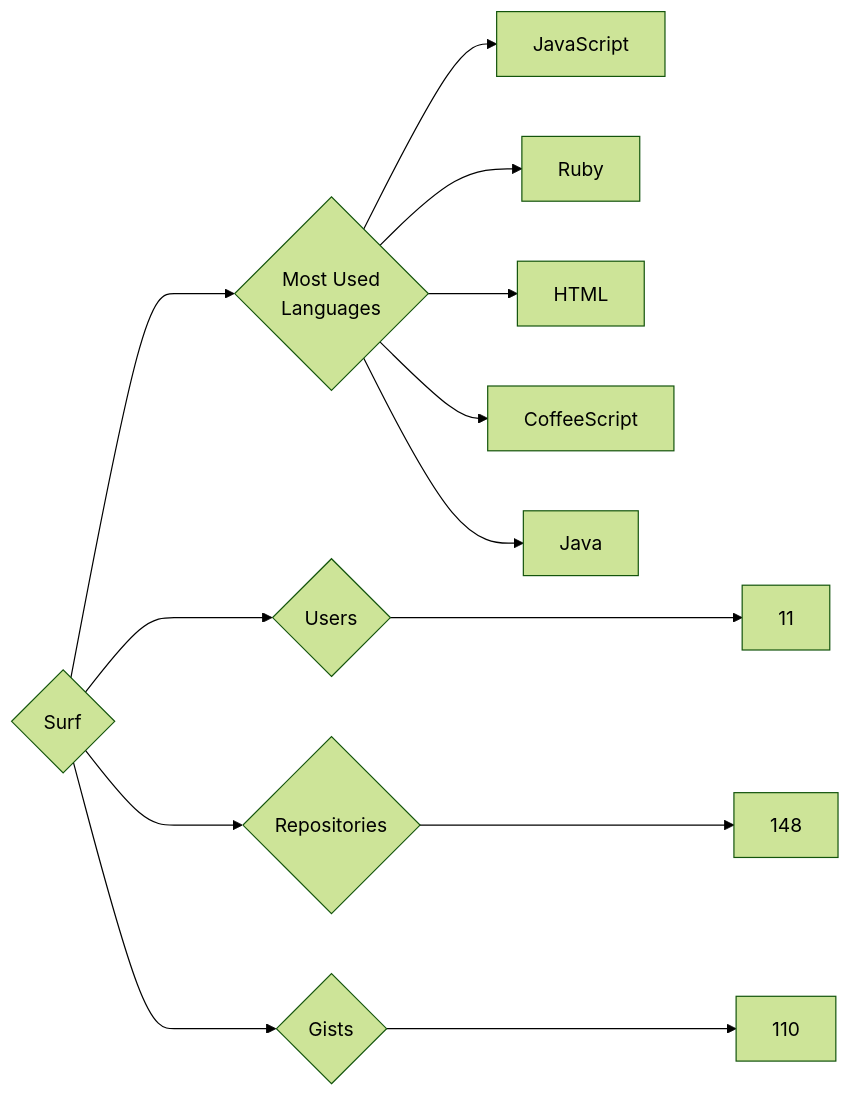
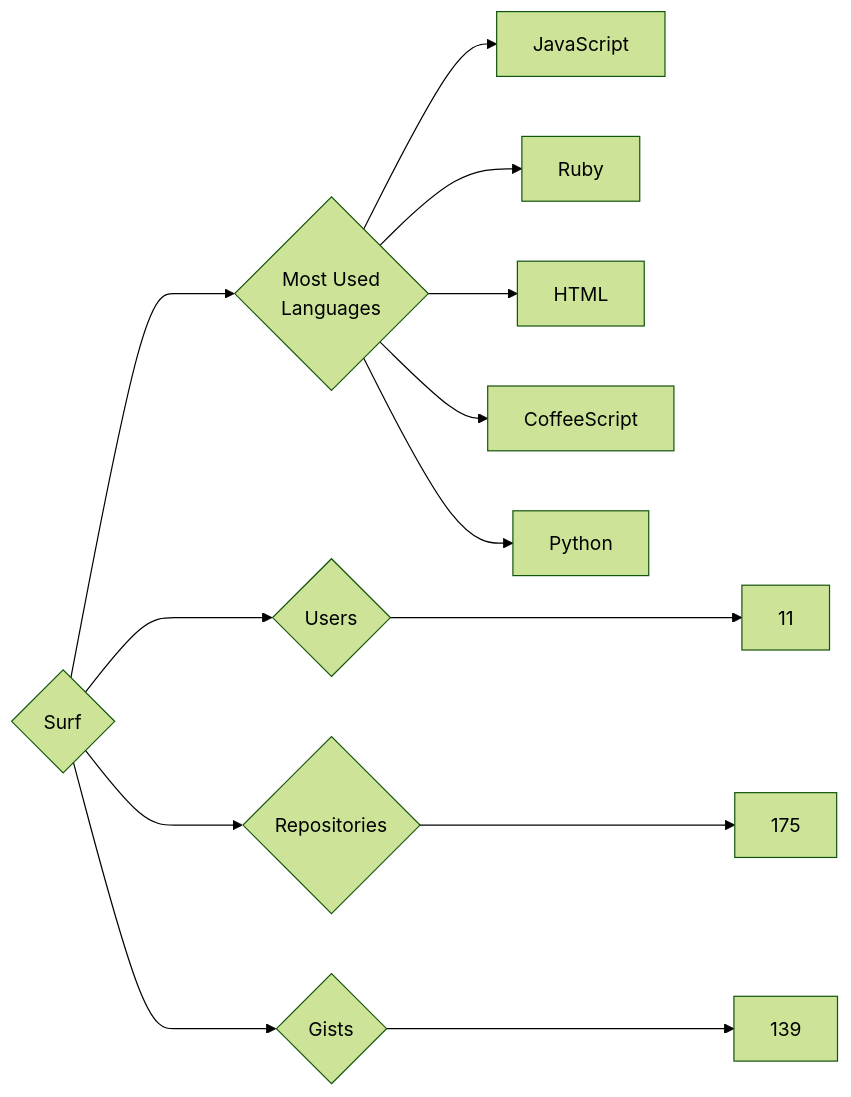
Before and after one commit to trickest/insiders: the diagram in targets/Surf/README.md, drawn with Mermaid (forest theme). The commit also changed 928 other files, not shown here.

````diff
--- a/targets/Surf/README.md
+++ b/targets/Surf/README.md
@@ -3,13 +3,13 @@
 ```mermaid
 graph LR
 COMPANY_NAME{Surf}
 COMPANY_NAME ---> U{Users} ---> UN[11]
-COMPANY_NAME ---> R{Repositories} ---> RN[148]
-COMPANY_NAME ---> G{Gists} ---> GN[110]
+COMPANY_NAME ---> R{Repositories} ---> RN[175]
+COMPANY_NAME ---> G{Gists} ---> GN[139]
 COMPANY_NAME ---> ML{Most Used<br>Languages}
 ML --> JavaScript[JavaScript]
 ML --> Ruby[Ruby]
 ML --> HTML[HTML]
 ML --> CoffeeScript[CoffeeScript]
-ML --> Java[Java]
+ML --> Python[Python]
 ```
````
